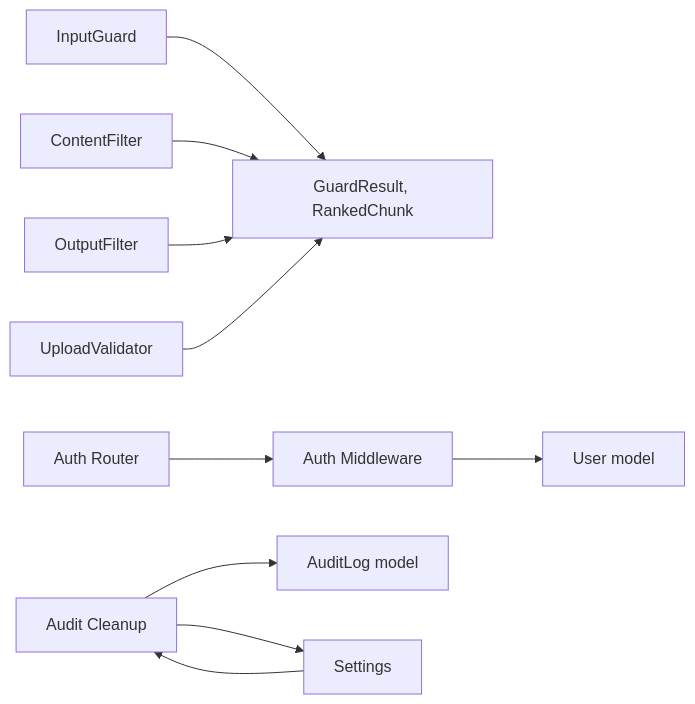
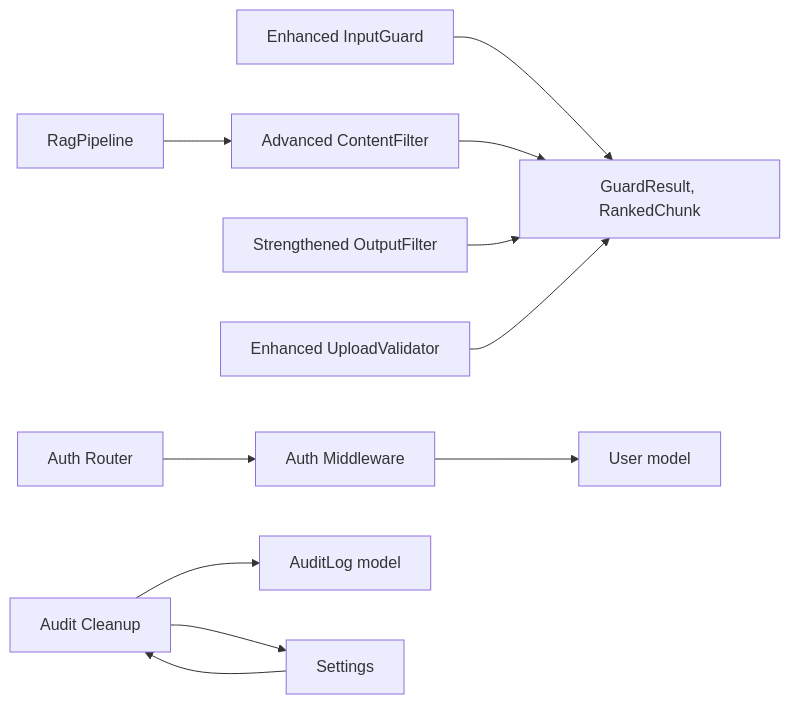
The ninth of 9 diagrams in .qoder/repowiki/en/content/Security and Compliance/Security and Compliance.md (genes8/private-ai), drawn with Mermaid before and after one commit. The commit also changed other lines of this file and 55 other files, not shown here.

````diff
--- a/.qoder/repowiki/en/content/Security and Compliance/Security and Compliance.md
+++ b/.qoder/repowiki/en/content/Security and Compliance/Security and Compliance.md
@@ -307,12 +356,13 @@
 ```mermaid
 graph LR
-IG["InputGuard"] --> GM["GuardResult, RankedChunk"]
-CF["ContentFilter"] --> GM
-OF["OutputFilter"] --> GM
-UV["UploadValidator"] --> GM
+IG["Enhanced InputGuard"] --> GM["GuardResult, RankedChunk"]
+CF["Advanced ContentFilter"] --> GM
+OF["Strengthened OutputFilter"] --> GM
+UV["Enhanced UploadValidator"] --> GM
+RP["RagPipeline"] --> CF
 MW["Auth Middleware"] --> DBU["User model"]
 AR["Auth Router"] --> MW
 AC["Audit Cleanup"] --> AL["AuditLog model"]
 AC --> CFG["Settings"]
 CFG --> AC
 ```
````
